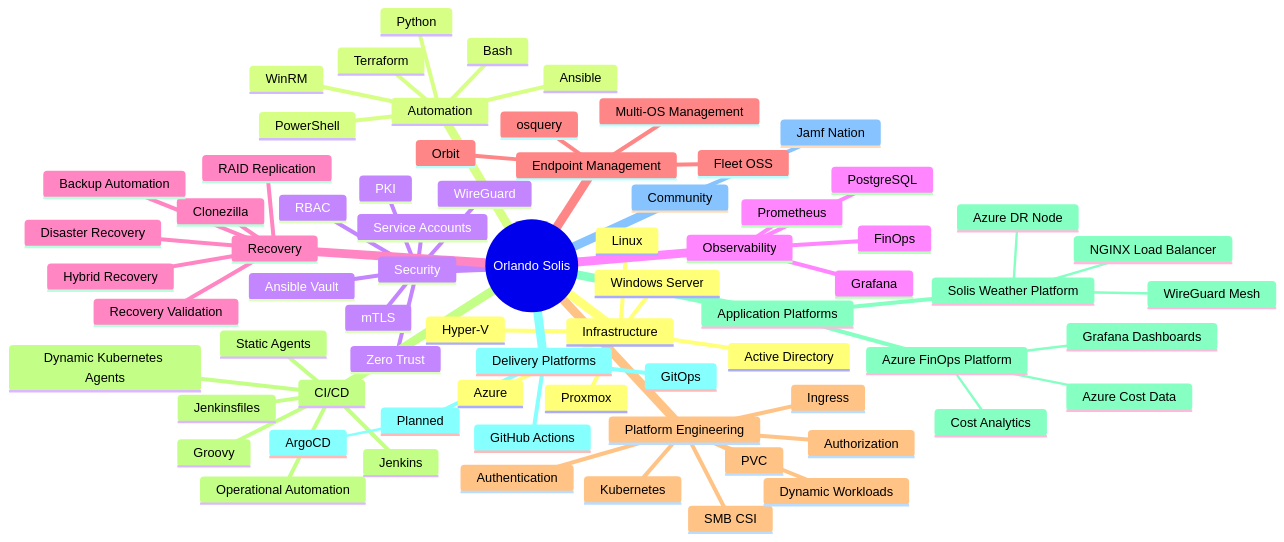
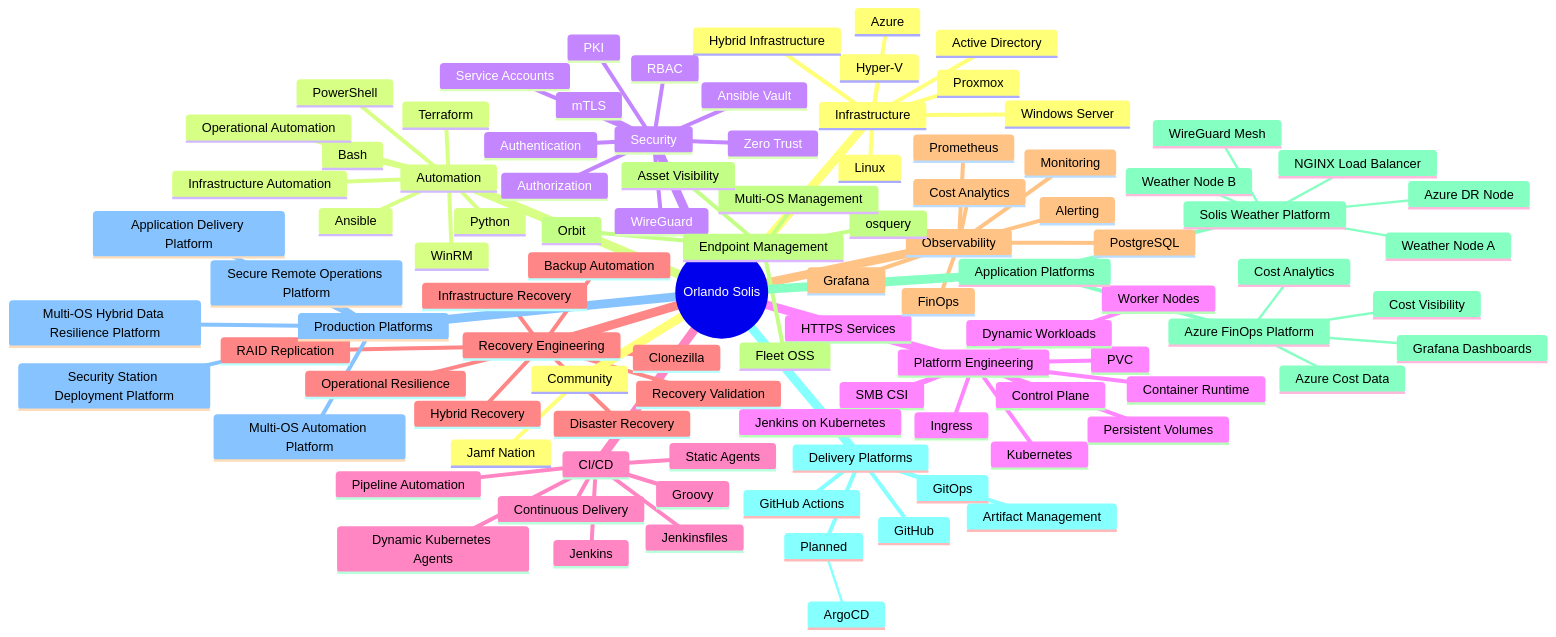
Before and after one commit to luisorlandosolis/luisorlandosolis: the first of 2 diagrams in README.md, drawn with Mermaid.

Commit message:
Enhance README mindmap with additional categories
Updated the README to include additional categories and details in the mindmap, enhancing the structure of the infrastructure, automation, security, platform engineering, CI/CD, recovery engineering, observability, endpoint management, application platforms, and delivery platforms sections.

````diff
--- a/README.md
+++ b/README.md
@@ -15,6 +15,7 @@
 ```mermaid
 mindmap
   root((Orlando Solis))
+
     Infrastructure
       Azure
       Active Directory
@@ -22,6 +23,8 @@
       Proxmox
       Windows Server
       Linux
+      Hybrid Infrastructure
+
     Automation
       Ansible
       Terraform
@@ -29,6 +32,9 @@
       Python
       Bash
       WinRM
+      Infrastructure Automation
+      Operational Automation
+
     Security
       WireGuard
       PKI
@@ -37,52 +43,86 @@
       Ansible Vault
       RBAC
       Service Accounts
-    Observability
-      Grafana
-      Prometheus
-      PostgreSQL
-      FinOps
-    Recovery
+      Authentication
+      Authorization
+
+    Platform Engineering
+      Kubernetes
+      Control Plane
+      Worker Nodes
+      Ingress
+      SMB CSI
+      Persistent Volumes
+      PVC
+      Container Runtime
+      Dynamic Workloads
+      Jenkins on Kubernetes
+      HTTPS Services
+
+    CI/CD
+      Jenkins
+      Static Agents
+      Dynamic Kubernetes Agents
+      Groovy
+      Jenkinsfiles
+      Pipeline Automation
+      Continuous Delivery
+
+    Recovery Engineering
       Clonezilla
       Backup Automation
       RAID Replication
       Disaster Recovery
       Recovery Validation
       Hybrid Recovery
+      Operational Resilience
+      Infrastructure Recovery
+
+    Observability
+      Grafana
+      Prometheus
+      PostgreSQL
+      FinOps
+      Cost Analytics
+      Monitoring
+      Alerting
+
     Endpoint Management
       Fleet OSS
       Orbit
       osquery
       Multi-OS Management
-    Platform Engineering
-      Kubernetes
-      Ingress
-      SMB CSI
-      PVC
-      Dynamic Workloads
-      Authentication
-      Authorization
-    CI/CD
-      Jenkins
-      Static Agents
-      Dynamic Kubernetes Agents
-      Groovy
-      Jenkinsfiles
-      Operational Automation
+      Asset Visibility
+
     Application Platforms
       Solis Weather Platform
         NGINX Load Balancer
+        Weather Node A
+        Weather Node B
         Azure DR Node
         WireGuard Mesh
+
       Azure FinOps Platform
         Azure Cost Data
         Grafana Dashboards
         Cost Analytics
+        Cost Visibility
+
     Delivery Platforms
+      GitHub
       GitHub Actions
       GitOps
+      Artifact Management
       Planned
         ArgoCD
+
+    Production Platforms
+      Secure Remote Operations Platform
+      Multi-OS Automation Platform
+      Application Delivery Platform
+      Multi-OS Hybrid Data Resilience Platform
+      Security Station Deployment Platform
+
     Community
       Jamf Nation
 ```
````
